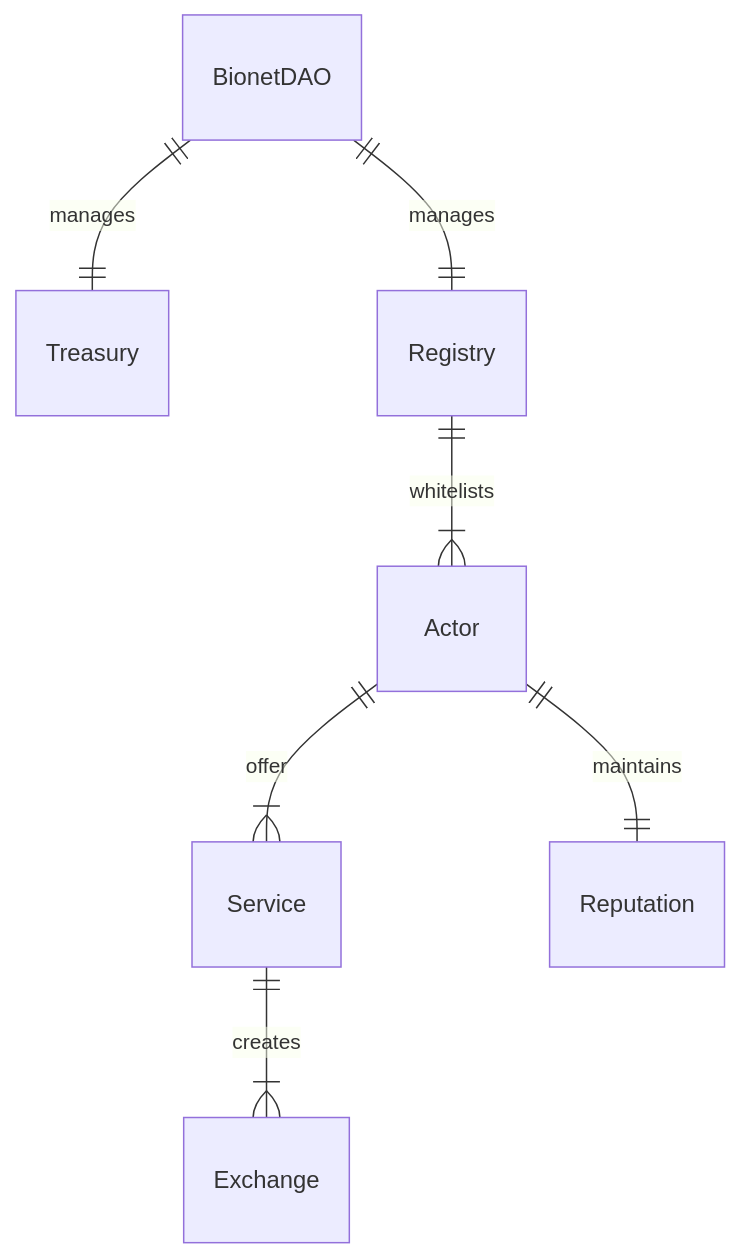
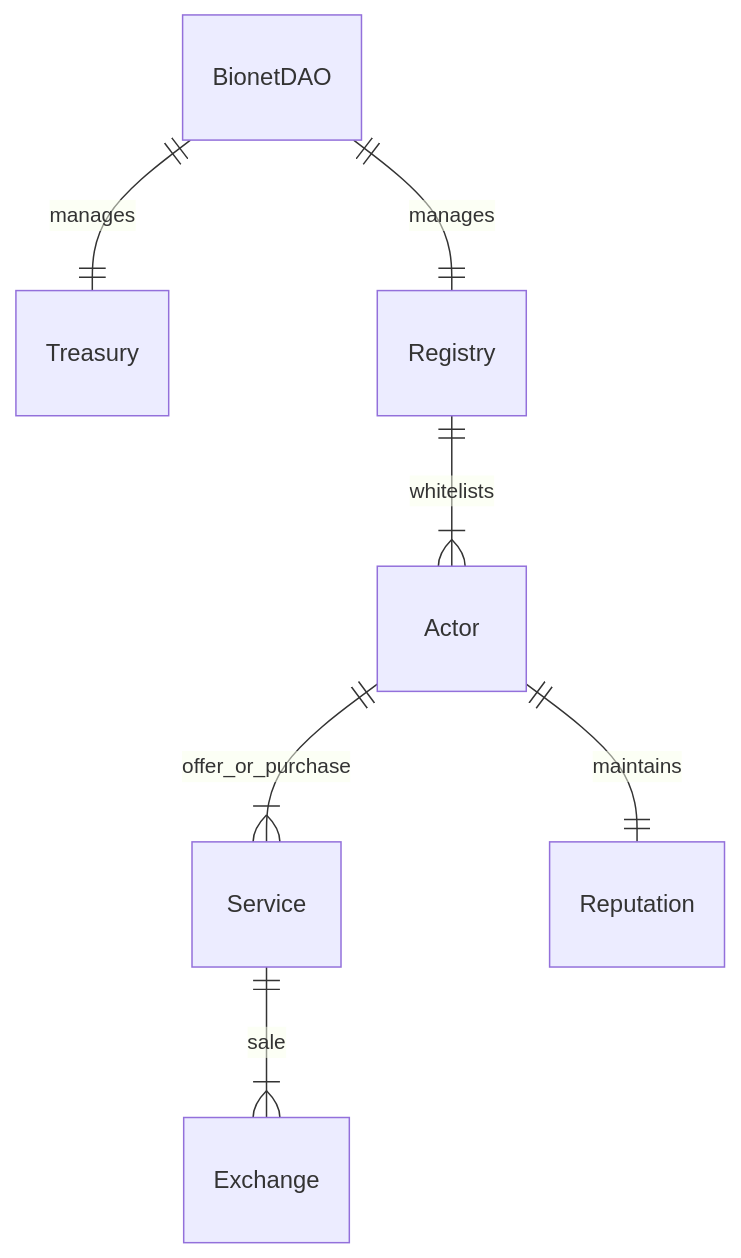
The diagram in docs/contracts.md (synbionet/doc.synbionet), drawn with Mermaid before and after one commit. The commit also changed other lines of this file and 3 other files, not shown here.

````diff
--- a/docs/contracts.md
+++ b/docs/contracts.md
@@ -9,9 +9,9 @@
 ```mermaid
 erDiagram
     BionetDAO ||--|| Treasury: manages
     BionetDAO ||--|| Registry: manages
     Registry ||--|{ Actor: whitelists
-    Actor ||--|{ Service: offer
+    Actor ||--|{ Service: offer_or_purchase
     Actor ||--|| Reputation: maintains
-    Service ||--|{ Exchange: creates
+    Service ||--|{ Exchange: sale
 ```
````
